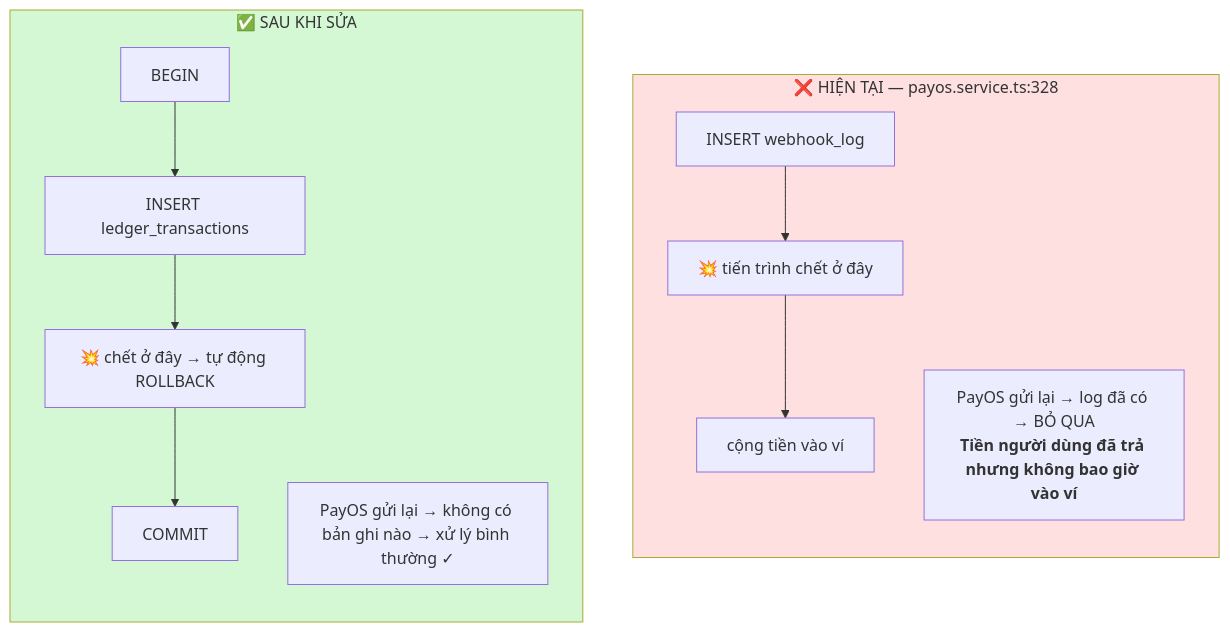
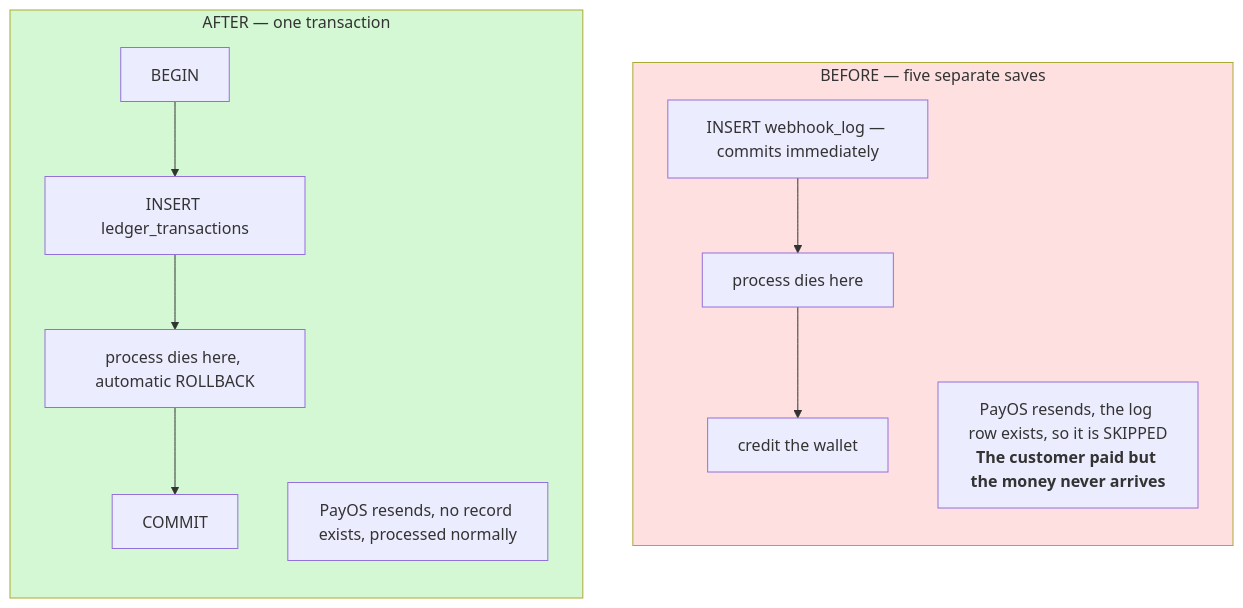
Before and after one commit to tdat-dev/Zoldify_Backend: diagram 11 of 18 in docs/system-design/2026-08-06-zoldify-diagrams.md, drawn with Mermaid. The commit also changed other lines of this file, not shown here.

````diff
--- a/docs/system-design/2026-08-06-zoldify-diagrams.md
+++ b/docs/system-design/2026-08-06-zoldify-diagrams.md
@@ -514,17 +528,17 @@
 ```mermaid
 flowchart TB
-    subgraph before["❌ HIỆN TẠI — payos.service.ts:328"]
+    subgraph before["BEFORE — five separate saves"]
         direction TB
-        b1["INSERT webhook_log"] --> b2["💥 tiến trình chết ở đây"] --> b3["cộng tiền vào ví"]
-        b4["PayOS gửi lại → log đã có → BỎ QUA<br/><b>Tiền người dùng đã trả nhưng không bao giờ vào ví</b>"]
+        b1["INSERT webhook_log — commits immediately"] --> b2["process dies here"] --> b3["credit the wallet"]
+        b4["PayOS resends, the log row exists, so it is SKIPPED<br/><b>The customer paid but the money never arrives</b>"]
     end
 
-    subgraph after["✅ SAU KHI SỬA"]
+    subgraph after["AFTER — one transaction"]
         direction TB
-        a1["BEGIN"] --> a2["INSERT ledger_transactions"] --> a3["💥 chết ở đây → tự động ROLLBACK"] --> a4["COMMIT"]
-        a5["PayOS gửi lại → không có bản ghi nào → xử lý bình thường ✓"]
+        a1["BEGIN"] --> a2["INSERT ledger_transactions"] --> a3["process dies here, automatic ROLLBACK"] --> a4["COMMIT"]
+        a5["PayOS resends, no record exists, processed normally"]
     end
 
     style before fill:#ffe0e0
     style after fill:#d4f8d4
 ```
````
